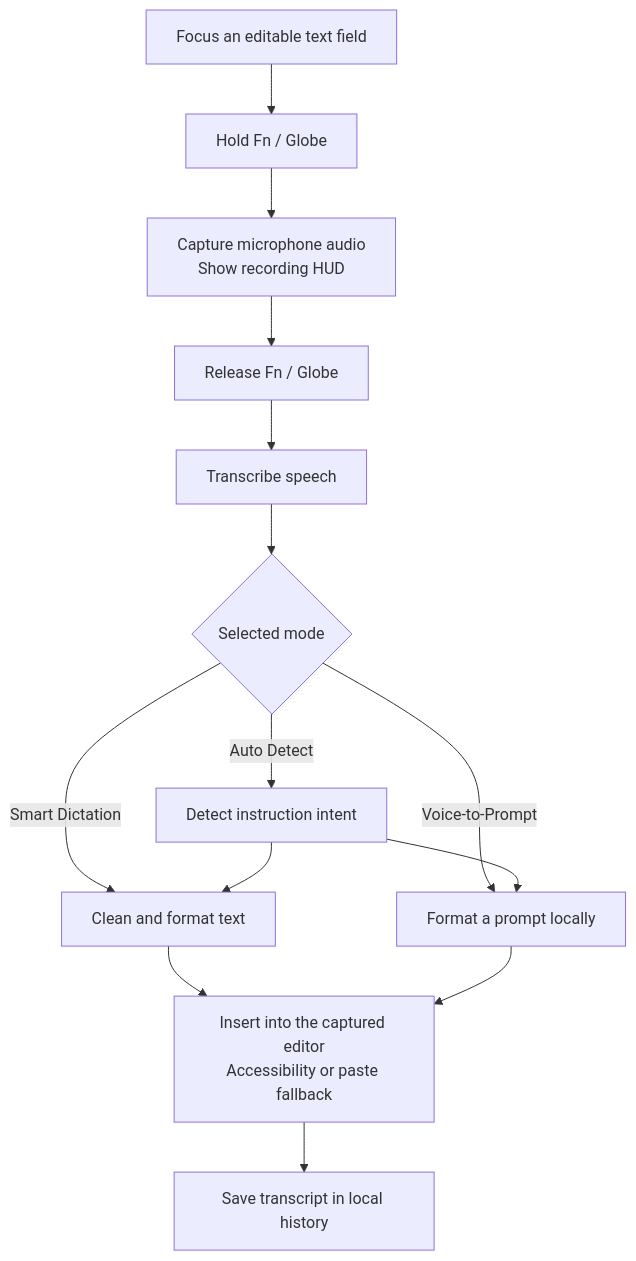
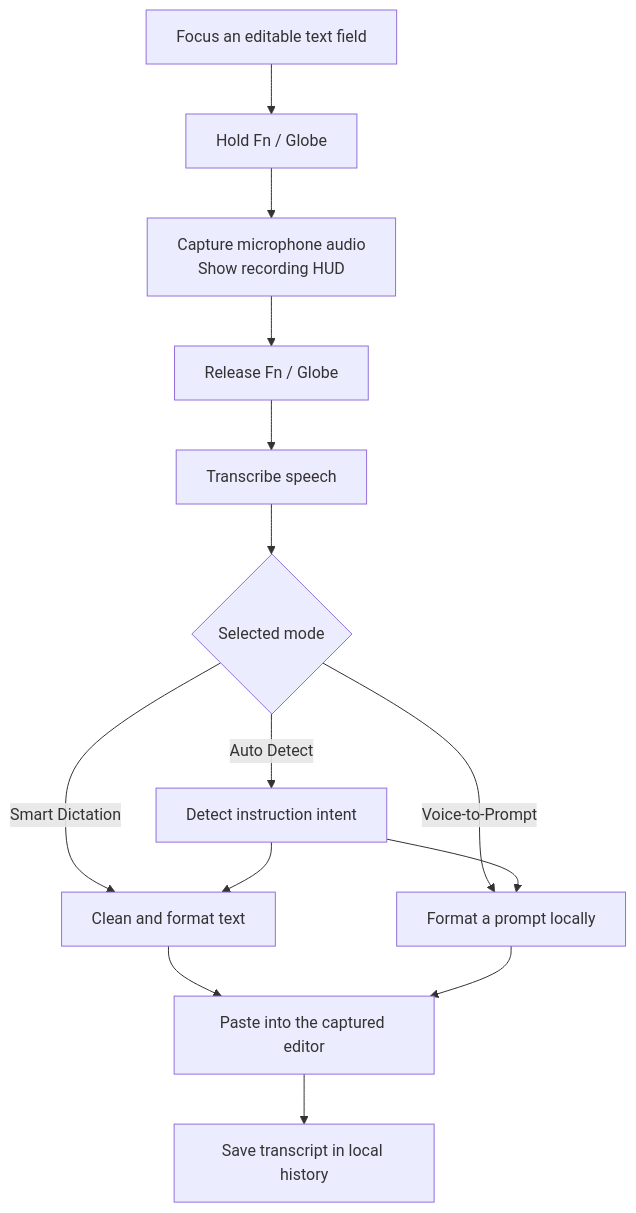
Before and after one commit to harshith49/fn-voice: the diagram in README.md, drawn with Mermaid. The commit also changed other lines of this file, not shown here.

````diff
--- a/README.md
+++ b/README.md
@@ -75,16 +75,16 @@
 ```mermaid
 flowchart TD
     A[Focus an editable text field] --> B[Hold Fn / Globe]
     B --> C[Capture microphone audio\nShow recording HUD]
     C --> D[Release Fn / Globe]
     D --> E[Transcribe speech]
     E --> F{Selected mode}
     F -->|Smart Dictation| G[Clean and format text]
     F -->|Voice-to-Prompt| H[Format a prompt locally]
     F -->|Auto Detect| I[Detect instruction intent]
     I --> G
     I --> H
-    G --> J[Insert into the captured editor\nAccessibility or paste fallback]
+    G --> J[Paste into the captured editor]
     H --> J
     J --> K[Save transcript in local history]
 ```
````
